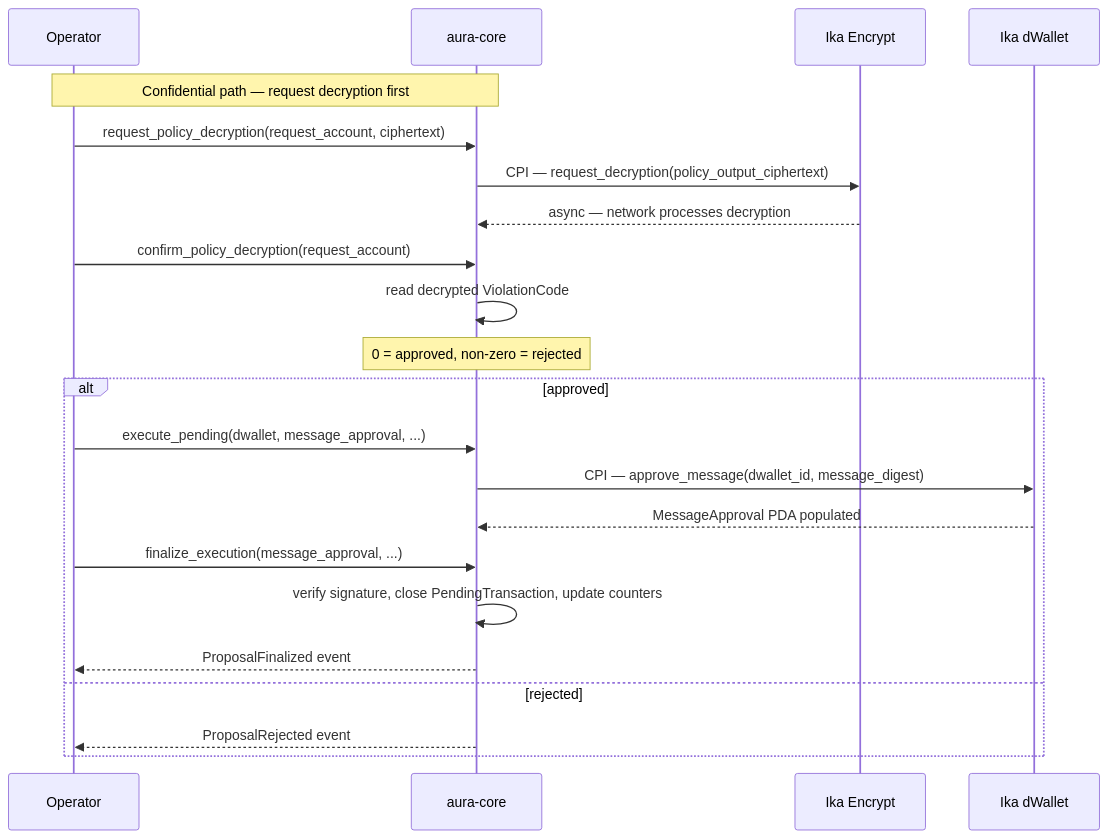
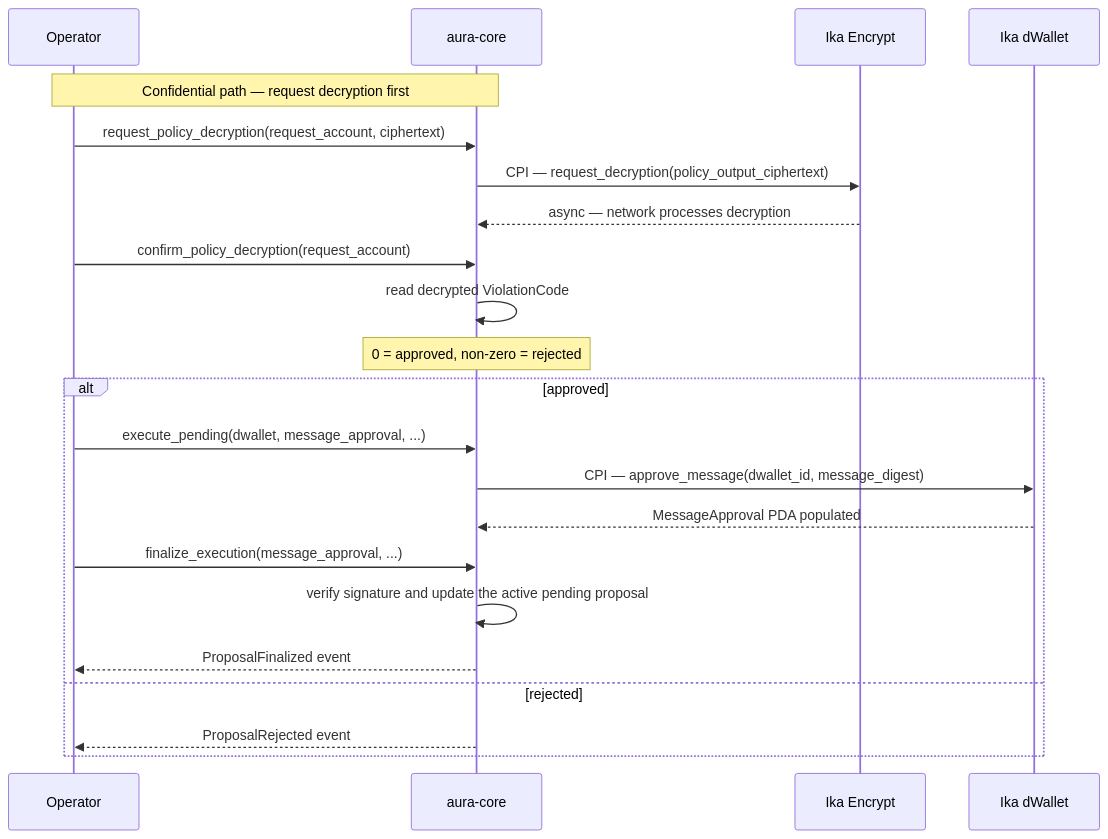
The fourth of 6 diagrams in packages/docs/content/overview/architecture.mdx (exyreams/aura), drawn with Mermaid before and after one commit. The commit also changed other lines of this file and 36 other files, not shown here.

````diff
--- a/packages/docs/content/overview/architecture.mdx
+++ b/packages/docs/content/overview/architecture.mdx
@@ -112,27 +112,27 @@
 ```mermaid
 sequenceDiagram
   participant Operator
   participant Core as aura-core
   participant Encrypt as Ika Encrypt
   participant DWallet as Ika dWallet
 
   Note over Operator,Core: Confidential path — request decryption first
   Operator->>Core: request_policy_decryption(request_account, ciphertext)
   Core->>Encrypt: CPI — request_decryption(policy_output_ciphertext)
   Encrypt-->>Core: async — network processes decryption
 
   Operator->>Core: confirm_policy_decryption(request_account)
   Core->>Core: read decrypted ViolationCode
   Note over Core: 0 = approved, non-zero = rejected
 
   alt approved
     Operator->>Core: execute_pending(dwallet, message_approval, ...)
     Core->>DWallet: CPI — approve_message(dwallet_id, message_digest)
     DWallet-->>Core: MessageApproval PDA populated
     Operator->>Core: finalize_execution(message_approval, ...)
-    Core->>Core: verify signature, close PendingTransaction, update counters
+    Core->>Core: verify signature and update the active pending proposal
     Core-->>Operator: ProposalFinalized event
   else rejected
     Core-->>Operator: ProposalRejected event
   end
 ```
````
